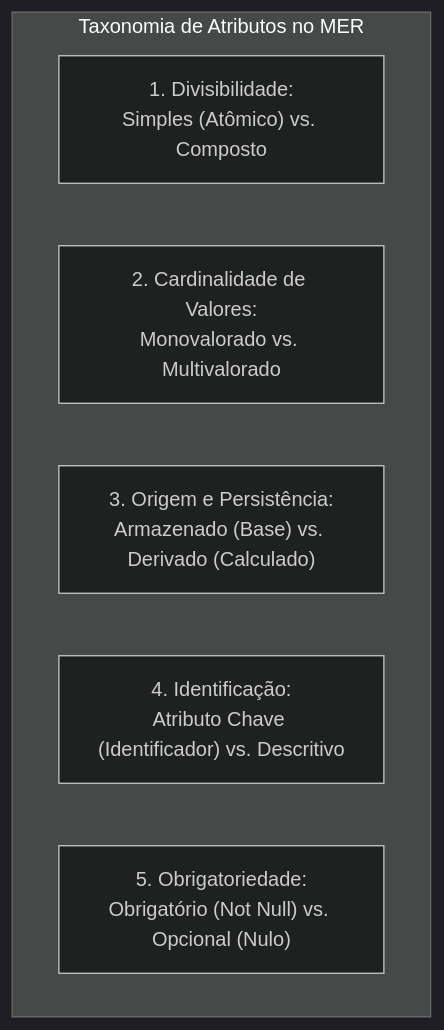
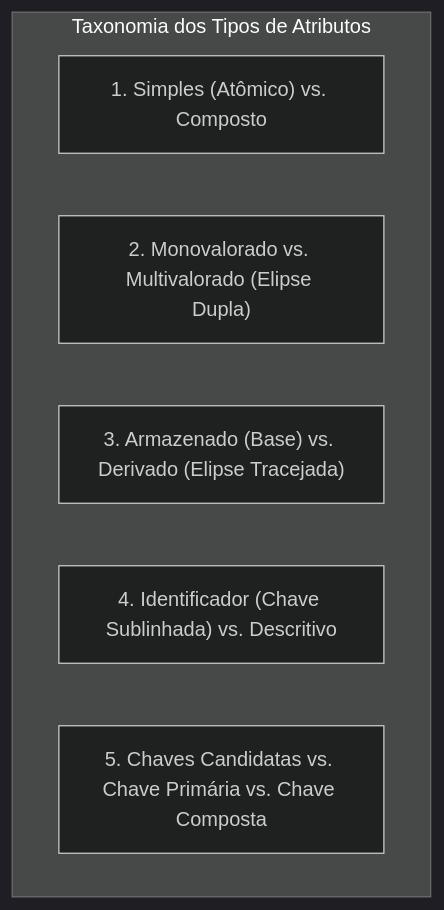
The fourth of 7 diagrams in 02. Modelagem de Dados/05. Modelagem de entidades e tipos de atributos.md (leorruas/puc), drawn with Mermaid (dark theme) before and after one commit. The commit also changed other lines of this file and 1 other file, not shown here.

````diff
--- a/02. Modelagem de Dados/05. Modelagem de entidades e tipos de atributos.md
+++ b/02. Modelagem de Dados/05. Modelagem de entidades e tipos de atributos.md
@@ -131,10 +126,10 @@
 ```mermaid
 flowchart TD
-    subgraph SubgraphTaxonomia["Taxonomia de Atributos no MER"]
-        A1["1. Divisibilidade:<br>Simples (Atômico) vs. Composto"]
-        A2["2. Cardinalidade de Valores:<br>Monovalorado vs. Multivalorado"]
-        A3["3. Origem e Persistência:<br>Armazenado (Base) vs. Derivado (Calculado)"]
-        A4["4. Identificação:<br>Atributo Chave (Identificador) vs. Descritivo"]
-        A5["5. Obrigatoriedade:<br>Obrigatório (Not Null) vs. Opcional (Nulo)"]
+    subgraph SubgraphTaxonomia["Taxonomia dos Tipos de Atributos"]
+        T1["1. Simples (Atômico) vs. Composto"]
+        T2["2. Monovalorado vs. Multivalorado (Elipse Dupla)"]
+        T3["3. Armazenado (Base) vs. Derivado (Elipse Tracejada)"]
+        T4["4. Identificador (Chave Sublinhada) vs. Descritivo"]
+        T5["5. Chaves Candidatas vs. Chave Primária vs. Chave Composta"]
     end
 ```
````
